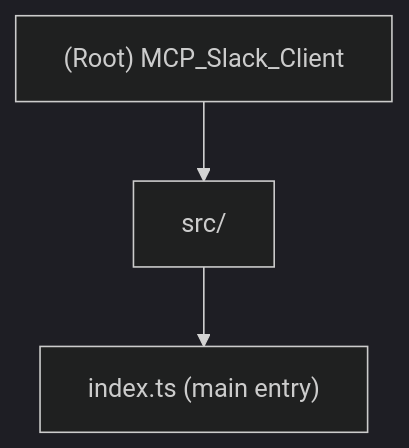
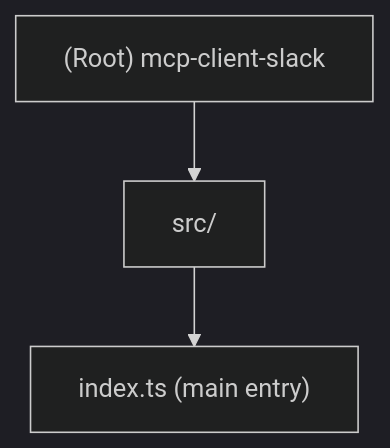
One commit to dadavidtseng/AGENTS changed the second of 2 diagrams in CLAUDE.md. Above: the diagram before and after it, drawn with Mermaid (dark theme). The commit also changed other lines of this file and 1 other file, not shown here.

First line of the commit message:
docs: standardize MCP naming in documentation

````diff
--- a/CLAUDE.md
+++ b/CLAUDE.md
@@ -59,7 +59,7 @@
 ```mermaid
 graph TD
-    A["(Root) MCP_Slack_Client"] --> B["src/"];
+    A["(Root) mcp-client-slack"] --> B["src/"];
     B --> C["index.ts (main entry)"];
 
     click C "#/src/module" "View src module documentation"
 ```
````
